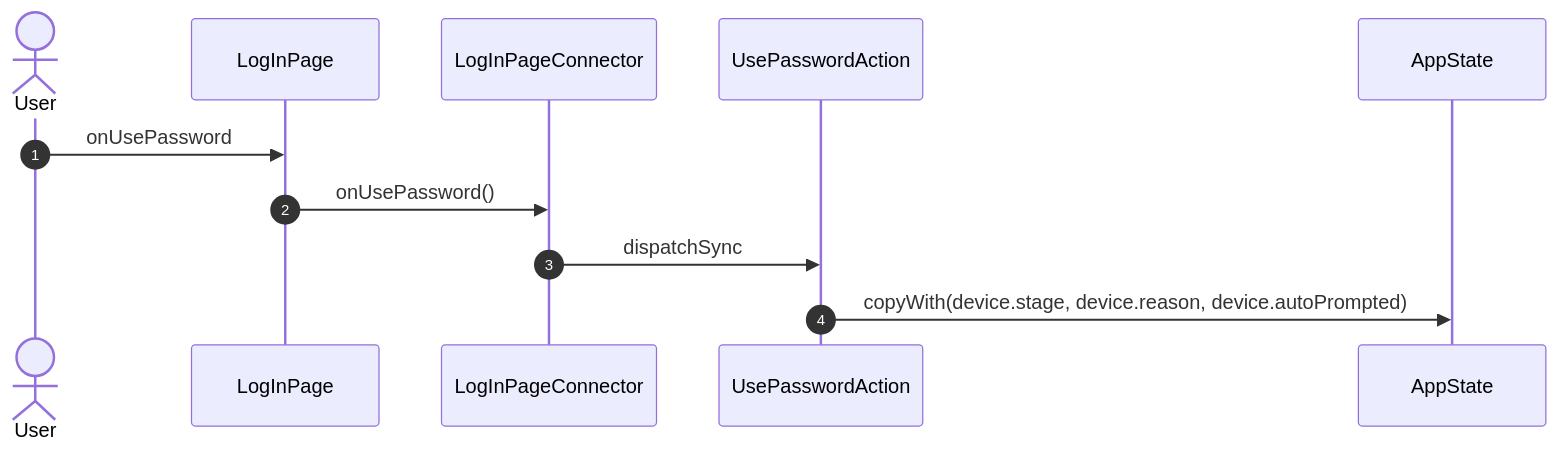
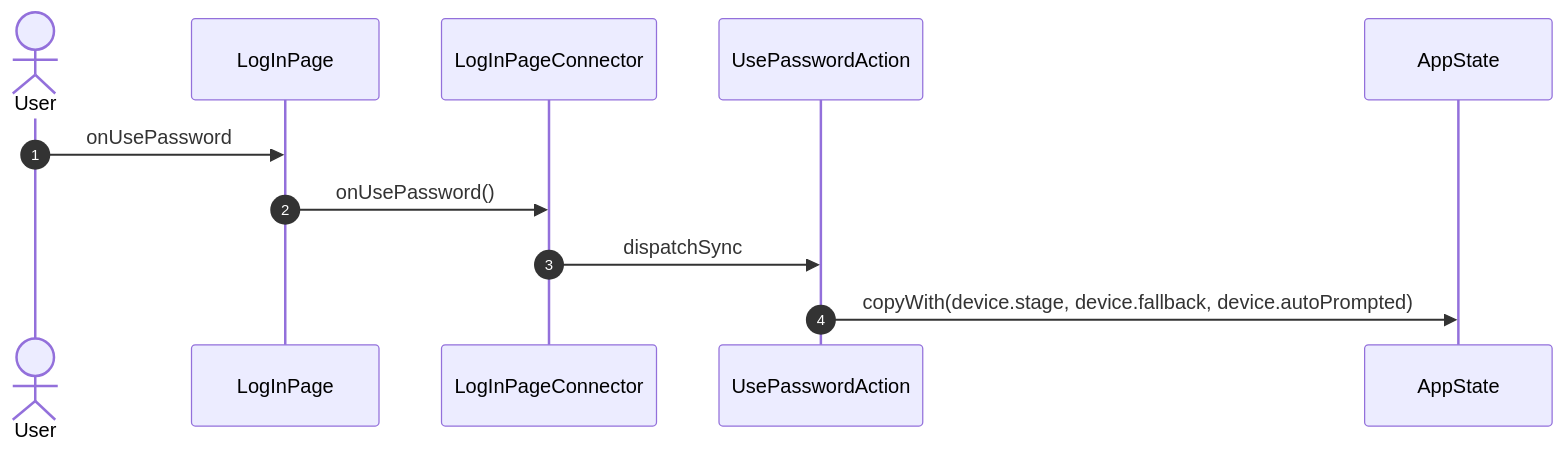
Before and after one commit to gencto/wyrm: diagram 18 of 19 in studio/docs/flows/logIn.md, drawn with Mermaid. The commit also changed other lines of this file and 90 other files, not shown here.

````diff
--- a/studio/docs/flows/logIn.md
+++ b/studio/docs/flows/logIn.md
@@ -233,14 +352,14 @@
 ```mermaid
 sequenceDiagram
     autonumber
     actor User
     participant UI as LogInPage
     participant VM as LogInPageConnector
     participant A1 as UsePasswordAction
     participant ST as AppState
 
     User->>UI: onUsePassword
     UI->>VM: onUsePassword()
     VM->>A1: dispatchSync
-    A1->>ST: copyWith(device.stage, device.reason, device.autoPrompted)
+    A1->>ST: copyWith(device.stage, device.fallback, device.autoPrompted)
 ```
````
